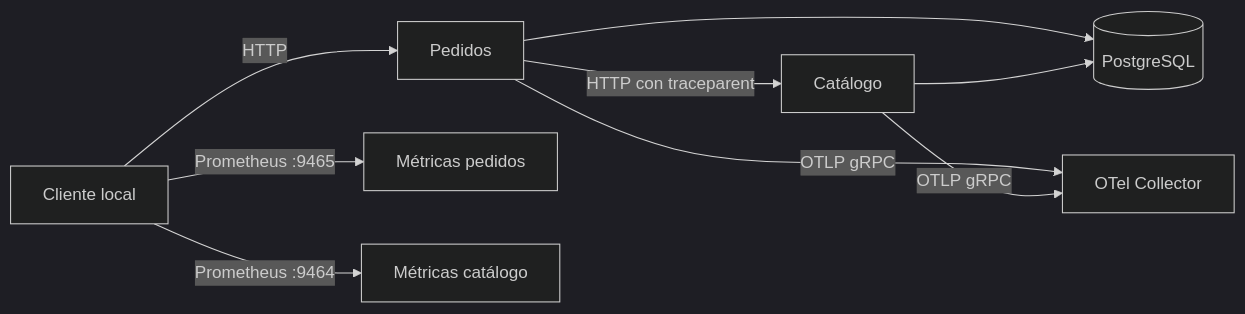
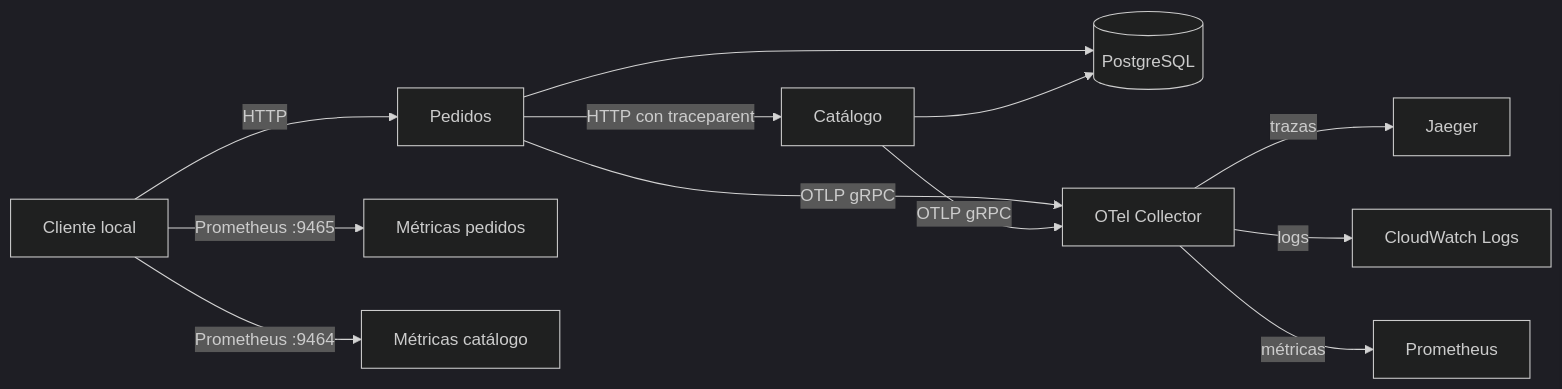
Before and after one commit to json-fuquene/pipeline-otel-e2e: the diagram in specs/ID-002-observabilidad-otel/00-plan-general.md, drawn with Mermaid (dark theme). The commit also changed other lines of this file and 20 other files, not shown here.

````diff
--- a/specs/ID-002-observabilidad-otel/00-plan-general.md
+++ b/specs/ID-002-observabilidad-otel/00-plan-general.md
@@ -23,11 +25,14 @@
 ```mermaid
 flowchart LR
   C[Cliente local] -->|HTTP| O[Pedidos]
   O -->|HTTP con traceparent| K[Catálogo]
   O --> DB[(PostgreSQL)]
   K --> DB
   O -->|OTLP gRPC| OT[OTel Collector]
   K -->|OTLP gRPC| OT
+  OT -->|trazas| J[Jaeger]
+  OT -->|logs| CW[CloudWatch Logs]
+  OT -->|métricas| P[Prometheus]
   C -->|Prometheus :9465| OM[Métricas pedidos]
   C -->|Prometheus :9464| CM[Métricas catálogo]
 ```
````
